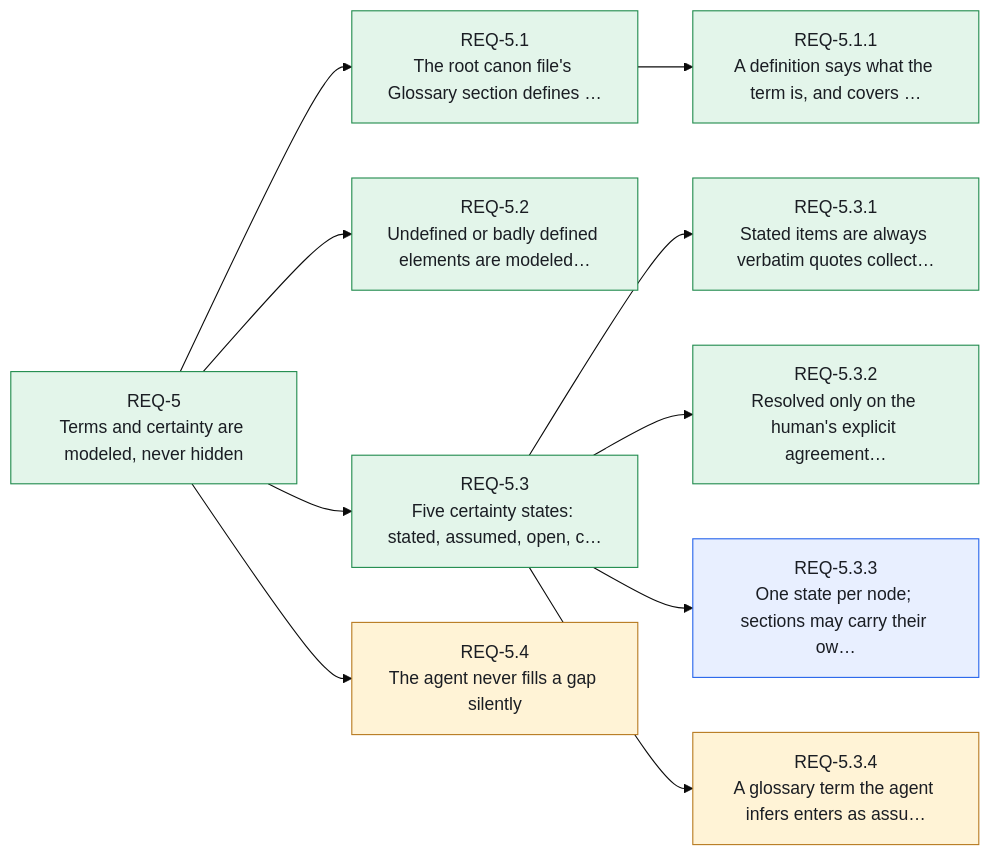
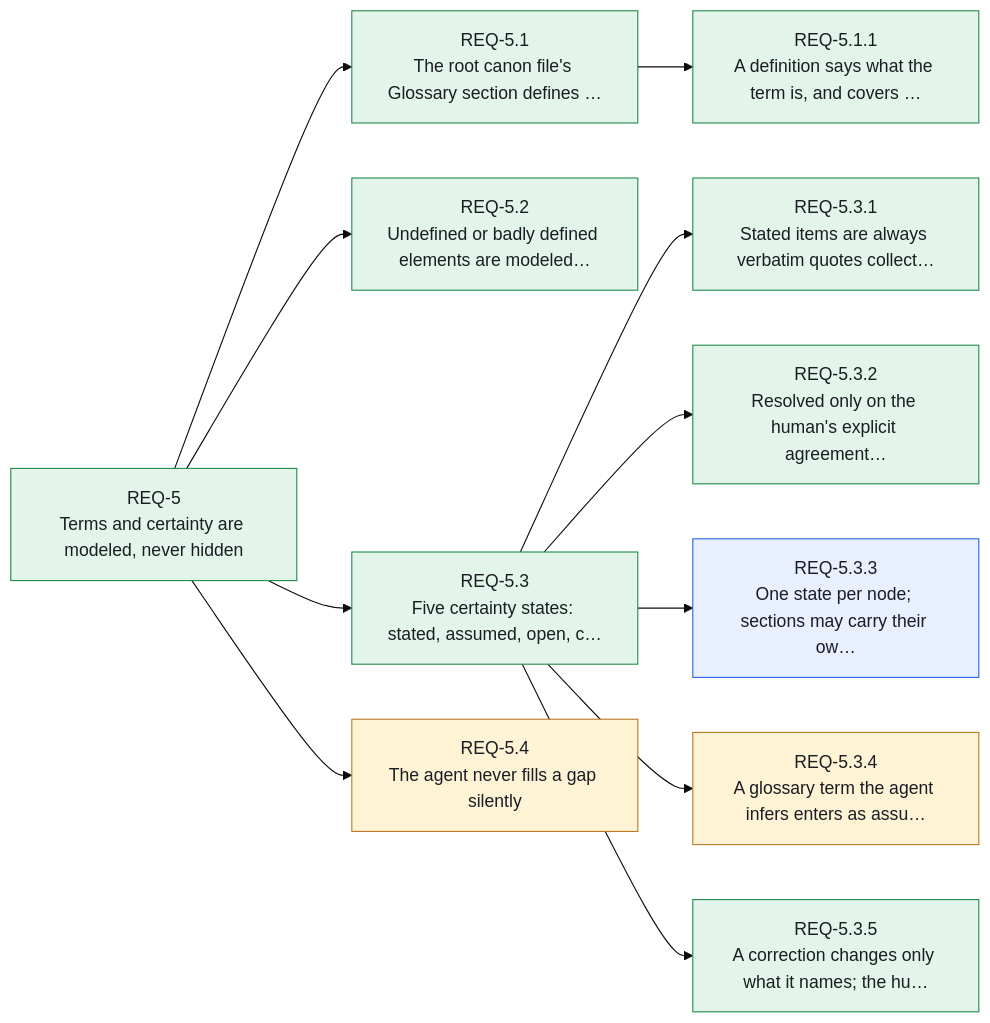
Before and after one commit to Althis/headcanon: the sixth of 14 diagrams in canon/INDEX.md, drawn with Mermaid (base theme). The commit also changed other lines of this file and 4 other files, not shown here.

First line of the commit message:
feat(rules): a correction changes only what it names

````diff
--- a/canon/INDEX.md
+++ b/canon/INDEX.md
@@ -311,27 +311,29 @@
 ```mermaid
 flowchart LR
     REQ_5["REQ-5<br/>Terms and certainty are modeled, never hidden"]:::stated
     REQ_5_1["REQ-5.1<br/>The root canon file's Glossary section defines …"]:::stated
     REQ_5_1_1["REQ-5.1.1<br/>A definition says what the term is, and covers …"]:::stated
     REQ_5_2["REQ-5.2<br/>Undefined or badly defined elements are modeled…"]:::stated
     REQ_5_3["REQ-5.3<br/>Five certainty states: stated, assumed, open, c…"]:::stated
     REQ_5_3_1["REQ-5.3.1<br/>Stated items are always verbatim quotes collect…"]:::stated
     REQ_5_3_2["REQ-5.3.2<br/>Resolved only on the human's explicit agreement…"]:::stated
     REQ_5_3_3["REQ-5.3.3<br/>One state per node; sections may carry their ow…"]:::resolved
     REQ_5_3_4["REQ-5.3.4<br/>A glossary term the agent infers enters as assu…"]:::assumed
+    REQ_5_3_5["REQ-5.3.5<br/>A correction changes only what it names; the hu…"]:::stated
     REQ_5_4["REQ-5.4<br/>The agent never fills a gap silently"]:::assumed
     REQ_5 --> REQ_5_1
     REQ_5_1 --> REQ_5_1_1
     REQ_5 --> REQ_5_2
     REQ_5 --> REQ_5_3
     REQ_5_3 --> REQ_5_3_1
     REQ_5_3 --> REQ_5_3_2
     REQ_5_3 --> REQ_5_3_3
     REQ_5_3 --> REQ_5_3_4
+    REQ_5_3 --> REQ_5_3_5
     REQ_5 --> REQ_5_4
     classDef stated fill:#e3f5ea,stroke:#1f8a4c,color:#1a1d23
     classDef resolved fill:#e8efff,stroke:#2563eb,color:#1a1d23
     classDef assumed fill:#fff3d6,stroke:#b7791f,color:#1a1d23
     classDef open fill:#ece9fb,stroke:#6b5bd2,color:#1a1d23
     classDef contested fill:#fde7e8,stroke:#d13438,color:#1a1d23
 ```
````
